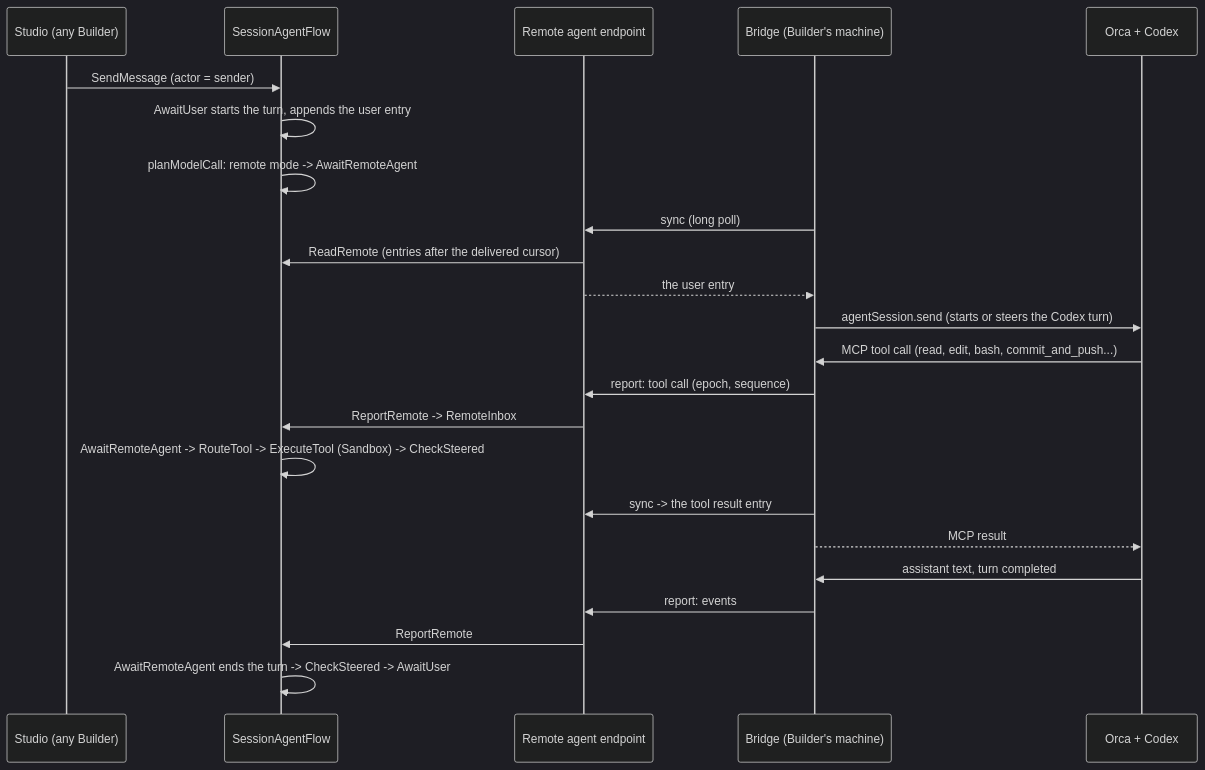
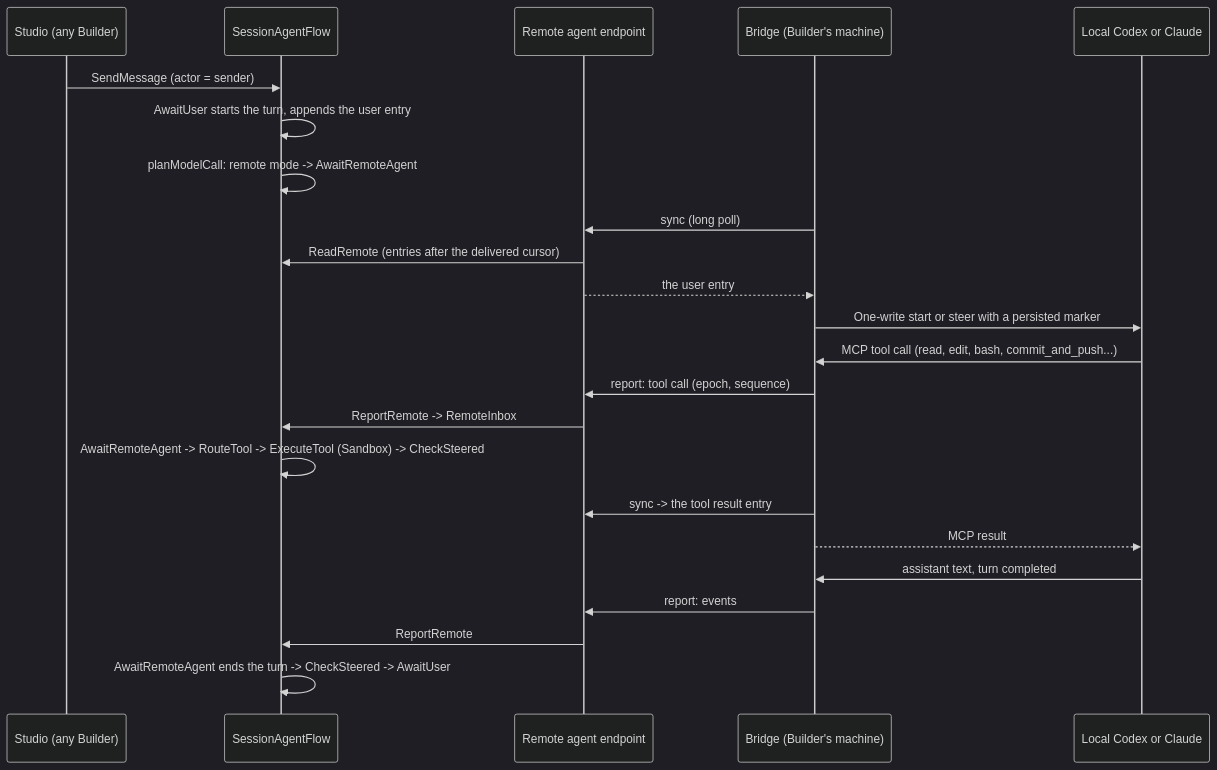
Before and after one commit to superdurable/superverse: the diagram in docs/architecture/remote-agent/README.md, drawn with Mermaid (dark theme). The commit also changed other lines of this file and 92 other files, not shown here.

````diff
--- a/docs/architecture/remote-agent/README.md
+++ b/docs/architecture/remote-agent/README.md
@@ -34,25 +33,25 @@
 ```mermaid
 sequenceDiagram
   participant S as Studio (any Builder)
   participant F as SessionAgentFlow
   participant E as Remote agent endpoint
   participant B as Bridge (Builder's machine)
-  participant O as Orca + Codex
+  participant O as Local Codex or Claude
   S->>F: SendMessage (actor = sender)
   F->>F: AwaitUser starts the turn, appends the user entry
   F->>F: planModelCall: remote mode -> AwaitRemoteAgent
   B->>E: sync (long poll)
   E->>F: ReadRemote (entries after the delivered cursor)
   E-->>B: the user entry
-  B->>O: agentSession.send (starts or steers the Codex turn)
+  B->>O: One-write start or steer with a persisted marker
   O->>B: MCP tool call (read, edit, bash, commit_and_push...)
   B->>E: report: tool call (epoch, sequence)
   E->>F: ReportRemote -> RemoteInbox
   F->>F: AwaitRemoteAgent -> RouteTool -> ExecuteTool (Sandbox) -> CheckSteered
   B->>E: sync -> the tool result entry
   B-->>O: MCP result
   O->>B: assistant text, turn completed
   B->>E: report: events
   E->>F: ReportRemote
   F->>F: AwaitRemoteAgent ends the turn -> CheckSteered -> AwaitUser
 ```
````
